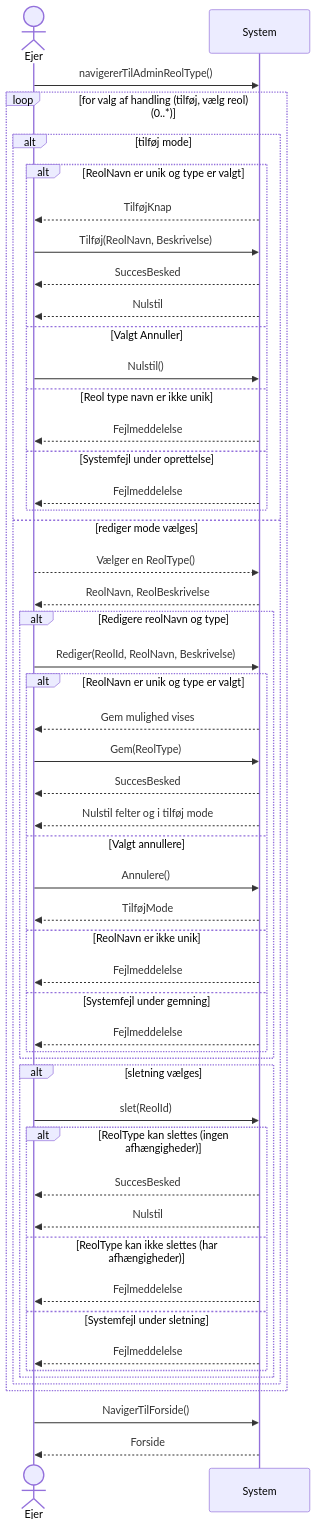
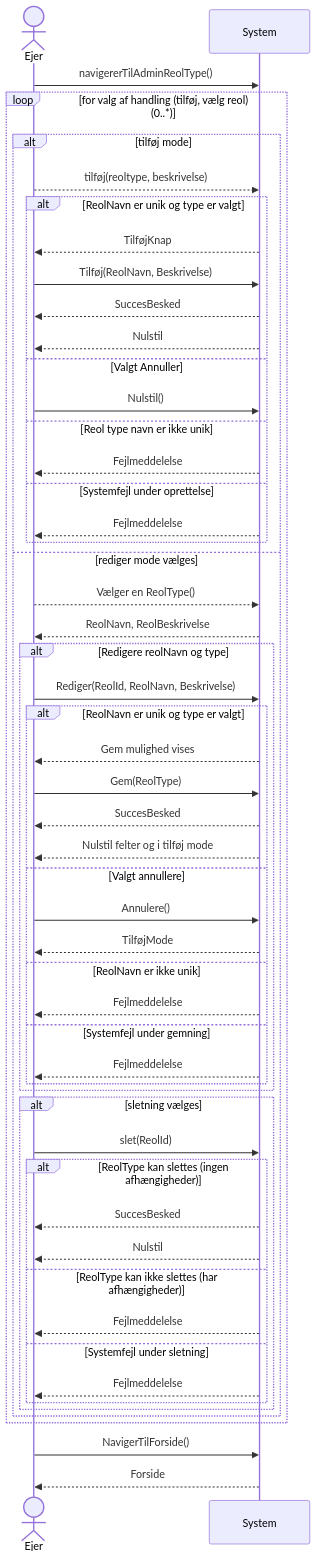
One commit to DMOoF25-TEAM11/ShelfMarket changed the diagram in docs/sprint-1/UseCase005-AdministrateShelfType/SSD.mmd. Above: the diagram before and after it, drawn with Mermaid. The commit also changed 2 other files, not shown here.

```diff
--- a/docs/sprint-1/UseCase005-AdministrateShelfType/SSD.mmd
+++ b/docs/sprint-1/UseCase005-AdministrateShelfType/SSD.mmd
@@ -1,58 +1,59 @@
 sequenceDiagram
     actor Ejer
     participant System
 
     Ejer->>System: navigererTilAdminReolType()
 
     loop for valg af handling (tilføj, vælg reol) (0..*)
 
         alt tilføj mode
+            Ejer-->>System: tilføj(reoltype, beskrivelse)
             alt ReolNavn er unik og type er valgt
                 System-->>Ejer: TilføjKnap
                 Ejer->>System: Tilføj(ReolNavn, Beskrivelse)
                 System-->>Ejer: SuccesBesked
                 System-->>Ejer: Nulstil
             else Valgt Annuller
                 Ejer->>System: Nulstil()
             else Reol type navn er ikke unik
                 System-->>Ejer: Fejlmeddelelse
             else Systemfejl under oprettelse
                 System-->>Ejer: Fejlmeddelelse
             end
 
         else rediger mode vælges
             Ejer-->>System: Vælger en ReolType()
             System-->>Ejer: ReolNavn, ReolBeskrivelse
 
             alt Redigere reolNavn og type
                 Ejer->>System: Rediger(ReolId, ReolNavn, Beskrivelse)
                 alt ReolNavn er unik og type er valgt
                     System-->>Ejer: Gem mulighed vises
                     Ejer->>System: Gem(ReolType)
                     System-->>Ejer: SuccesBesked
                     System-->>Ejer: Nulstil felter og i tilføj mode
                 else Valgt annullere
                     Ejer->>System: Annulere()
                     System-->>Ejer: TilføjMode
                 else ReolNavn er ikke unik
                     System-->>Ejer: Fejlmeddelelse
                 else Systemfejl under gemning
                     System-->>Ejer: Fejlmeddelelse
                 end
             end
 
             alt sletning vælges
                 Ejer->>System: slet(ReolId)
                 alt ReolType kan slettes (ingen afhængigheder)
                     System-->>Ejer: SuccesBesked
                     System-->>Ejer: Nulstil
                 else ReolType kan ikke slettes (har afhængigheder)
                     System-->>Ejer: Fejlmeddelelse
                 else Systemfejl under sletning
                     System-->>Ejer: Fejlmeddelelse
                 end
             end
         end
     end
     Ejer->>System: NavigerTilForside()
     System-->>Ejer: Forside
```
